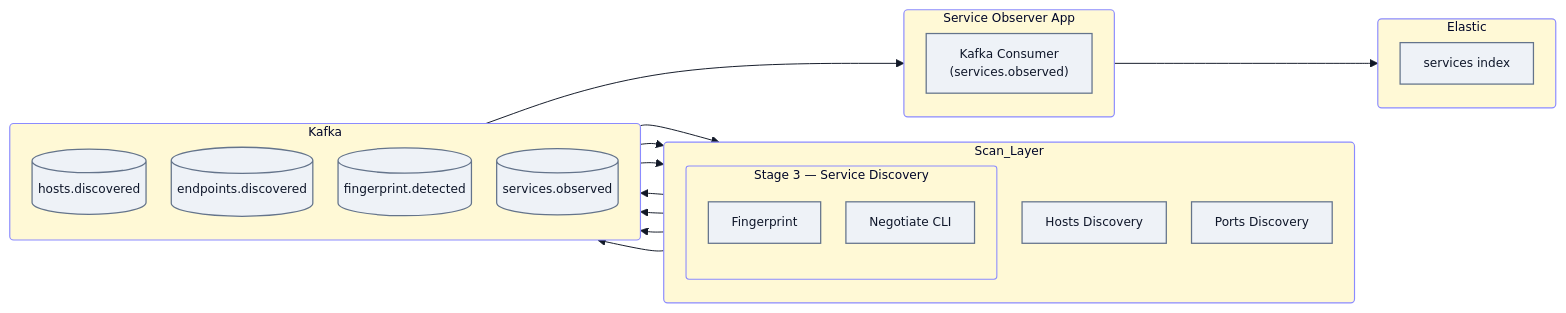
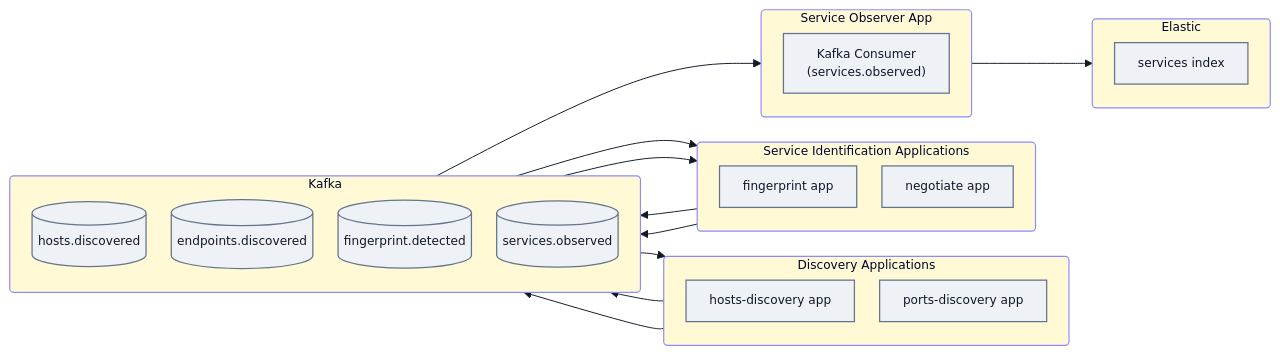
One commit to isobatch/.github changed the diagram in mermaid.mmd. Above: the diagram before and after it, drawn with Mermaid.

Commit message:
Refactor flowchart structure and update nodes

```diff
--- a/mermaid.mmd
+++ b/mermaid.mmd
@@ -1,82 +1,83 @@
 ---
 config:
   theme: base
   flowchart:
     curve: basis
     padding: 12
     nodeSpacing: 26
     rankSpacing: 24
   themeVariables:
     fontFamily: Inter, Segoe UI, Arial
     fontSize: 12.5px
     lineColor: '#111827'
     primaryColor: '#EEF2F7'
     primaryTextColor: '#0f172a'
     primaryBorderColor: '#64748b'
     secondaryColor: '#FFF9D6'
     tertiaryColor: '#FFF9D6'
 ---
 flowchart LR
- subgraph Fingerprint_Pipeline["Stage 3 — Service Discovery"]
+
+ subgraph Discovery_Apps["Discovery Applications"]
     direction TB
-        Fingerprint["Fingerprint"]
-        Negotiate["Negotiate CLI"]
-  end
+        HostsApp["hosts-discovery app"]
+        PortsApp["ports-discovery app"]
+ end
 
- subgraph Scan_Layer["Scan_Layer"]
+ subgraph Fingerprint_Apps["Service Identification Applications"]
     direction TB
-        MasscanHosts["Hosts Discovery"]
-        MasscanPorts["Ports Discovery"]
-        Fingerprint_Pipeline
-  end
+        FingerprintApp["fingerprint app"]
+        NegotiateApp["negotiate app"]
+ end
 
  subgraph Kafka_Layer["Kafka"]
     direction TB
         KafkaHosts[("hosts.discovered")]
         KafkaEndpoints[("endpoints.discovered")]
         KafkaFingerprint[("fingerprint.detected")]
         KafkaServices[("services.observed")]
-  end
+ end
 
- subgraph Consumer_Layer["Service Observer App"]
+ subgraph Observer_App["Service Observer App"]
     direction TB
         ServicesConsumer["Kafka Consumer\n(services.observed)"]
-  end
+ end
 
  subgraph Elastic_Layer["Elastic"]
     direction TB
         ElasticServices["services index"]
-  end
+ end
 
-    MasscanHosts --> KafkaHosts
-    KafkaHosts --> MasscanPorts
-    MasscanPorts --> KafkaEndpoints
-    KafkaEndpoints --> Fingerprint
-    Fingerprint --> KafkaFingerprint
-    KafkaFingerprint --> Negotiate
-    Negotiate --> KafkaServices
+    HostsApp --> KafkaHosts
+    KafkaHosts --> PortsApp
+    PortsApp --> KafkaEndpoints
+    KafkaEndpoints --> FingerprintApp
+    FingerprintApp --> KafkaFingerprint
+    KafkaFingerprint --> NegotiateApp
+    NegotiateApp --> KafkaServices
 
     KafkaServices --> ServicesConsumer
     ServicesConsumer --> ElasticServices
 
-     Fingerprint:::stage
-     Negotiate:::stage
-     MasscanHosts:::node
-     MasscanPorts:::node
-     KafkaHosts:::bus
-     KafkaEndpoints:::bus
-     KafkaFingerprint:::bus
-     KafkaServices:::bus
-     ServicesConsumer:::stage
-     ElasticServices:::store
+    HostsApp:::stage
+    PortsApp:::stage
+    FingerprintApp:::stage
+    NegotiateApp:::stage
+    ServicesConsumer:::stage
 
-    classDef node fill:#EEF2F7,stroke:#64748b,stroke-width:1.3px,color:#0f172a
+    KafkaHosts:::bus
+    KafkaEndpoints:::bus
+    KafkaFingerprint:::bus
+    KafkaServices:::bus
+
+    ElasticServices:::store
+
     classDef stage fill:#EEF2F7,stroke:#64748b,stroke-width:1.3px,color:#0f172a
     classDef bus fill:#EEF2F7,stroke:#64748b,stroke-width:1.3px,color:#0f172a
     classDef store fill:#EEF2F7,stroke:#64748b,stroke-width:1.3px,color:#0f172a
 
-    style Fingerprint_Pipeline fill:#FFF9D6,stroke:#8B8BFF,stroke-width:1.1px,rx:3,ry:3
-    style Scan_Layer fill:#FFF9D6,stroke:#8B8BFF,stroke-width:1.2px,rx:4,ry:4
+    style Discovery_Apps fill:#FFF9D6,stroke:#8B8BFF,stroke-width:1.2px,rx:4,ry:4
+    style Fingerprint_Apps fill:#FFF9D6,stroke:#8B8BFF,stroke-width:1.2px,rx:4,ry:4
     style Kafka_Layer fill:#FFF9D6,stroke:#8B8BFF,stroke-width:1.2px,rx:4,ry:4
-    style Consumer_Layer fill:#FFF9D6,stroke:#8B8BFF,stroke-width:1.2px,rx:4,ry:4
+    style Observer_App fill:#FFF9D6,stroke:#8B8BFF,stroke-width:1.2px,rx:4,ry:4
     style Elastic_Layer fill:#FFF9D6,stroke:#8B8BFF,stroke-width:1.2px,rx:4,ry:4
```
